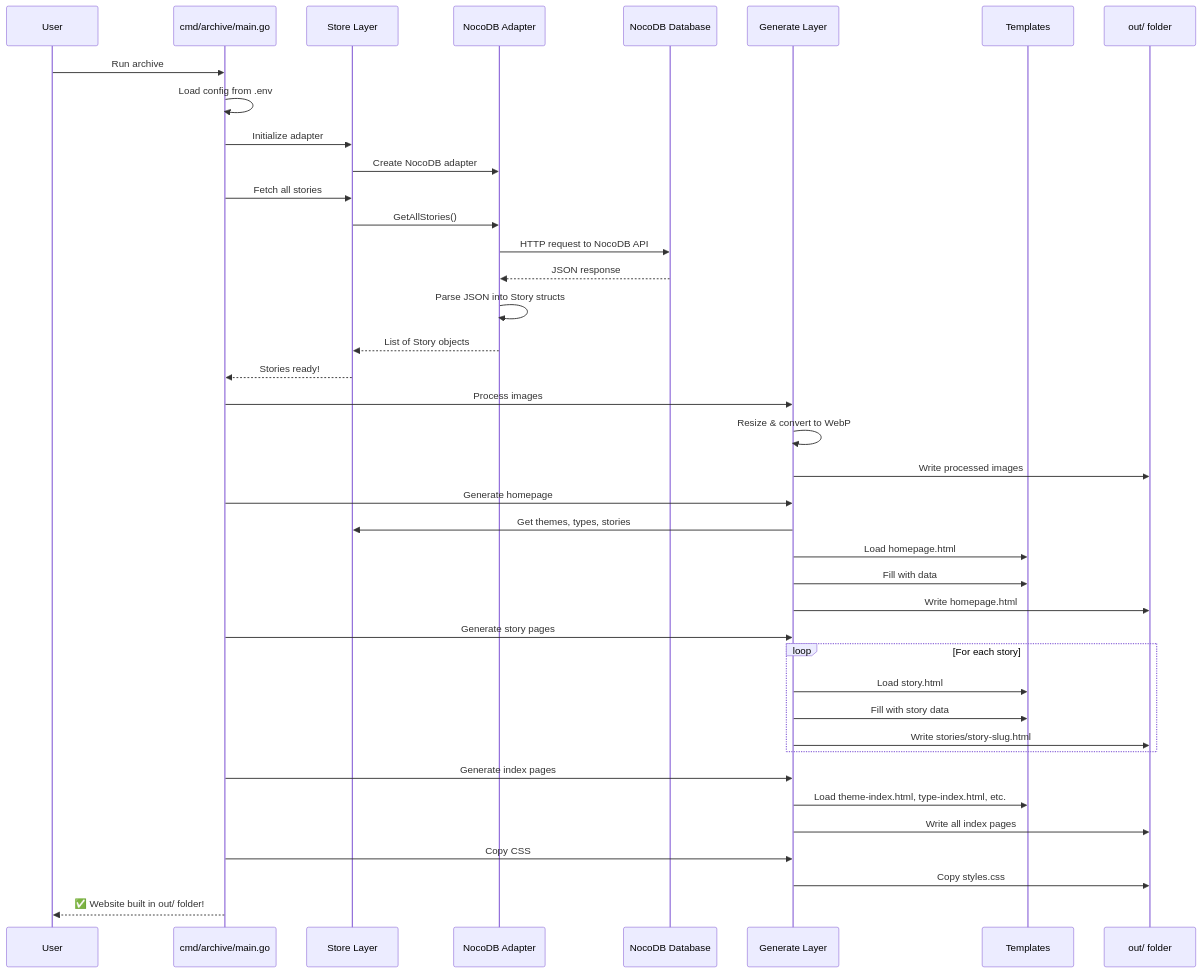
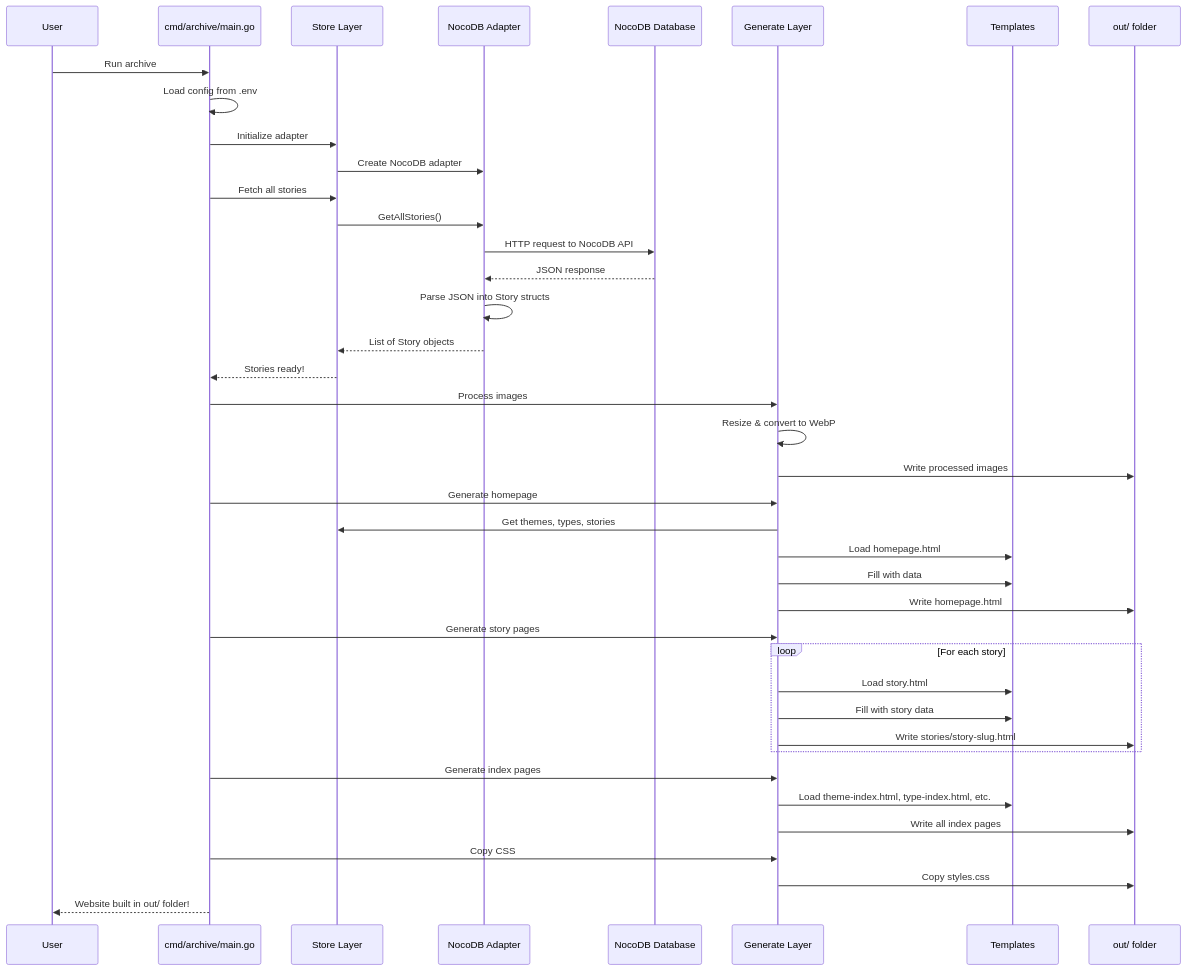
One commit to commonknowledge/community-climate-justice-archive changed the third of 6 diagrams in README.md. Above: the diagram before and after it, drawn with Mermaid.

Commit message:
Ditch emoji

````diff
--- a/README.md
+++ b/README.md
@@ -123,50 +123,50 @@
 ```mermaid
 sequenceDiagram
     participant User
     participant Main as cmd/archive/main.go
     participant Store as Store Layer
     participant NocoDB as NocoDB Adapter
     participant DB as NocoDB Database
     participant Gen as Generate Layer
     participant Templates
     participant Output as out/ folder
     
     User->>Main: Run archive
     Main->>Main: Load config from .env
     Main->>Store: Initialize adapter
     Store->>NocoDB: Create NocoDB adapter
     
     Main->>Store: Fetch all stories
     Store->>NocoDB: GetAllStories()
     NocoDB->>DB: HTTP request to NocoDB API
     DB-->>NocoDB: JSON response
     NocoDB->>NocoDB: Parse JSON into Story structs
     NocoDB-->>Store: List of Story objects
     Store-->>Main: Stories ready!
     
     Main->>Gen: Process images
     Gen->>Gen: Resize & convert to WebP
     Gen->>Output: Write processed images
     
     Main->>Gen: Generate homepage
     Gen->>Store: Get themes, types, stories
     Gen->>Templates: Load homepage.html
     Gen->>Templates: Fill with data
     Gen->>Output: Write homepage.html
     
     Main->>Gen: Generate story pages
     loop For each story
         Gen->>Templates: Load story.html
         Gen->>Templates: Fill with story data
         Gen->>Output: Write stories/story-slug.html
     end
     
     Main->>Gen: Generate index pages
     Gen->>Templates: Load theme-index.html, type-index.html, etc.
     Gen->>Output: Write all index pages
     
     Main->>Gen: Copy CSS
     Gen->>Output: Copy styles.css
     
-    Main-->>User: ✅ Website built in out/ folder!
+    Main-->>User: Website built in out/ folder!
 ```
````
